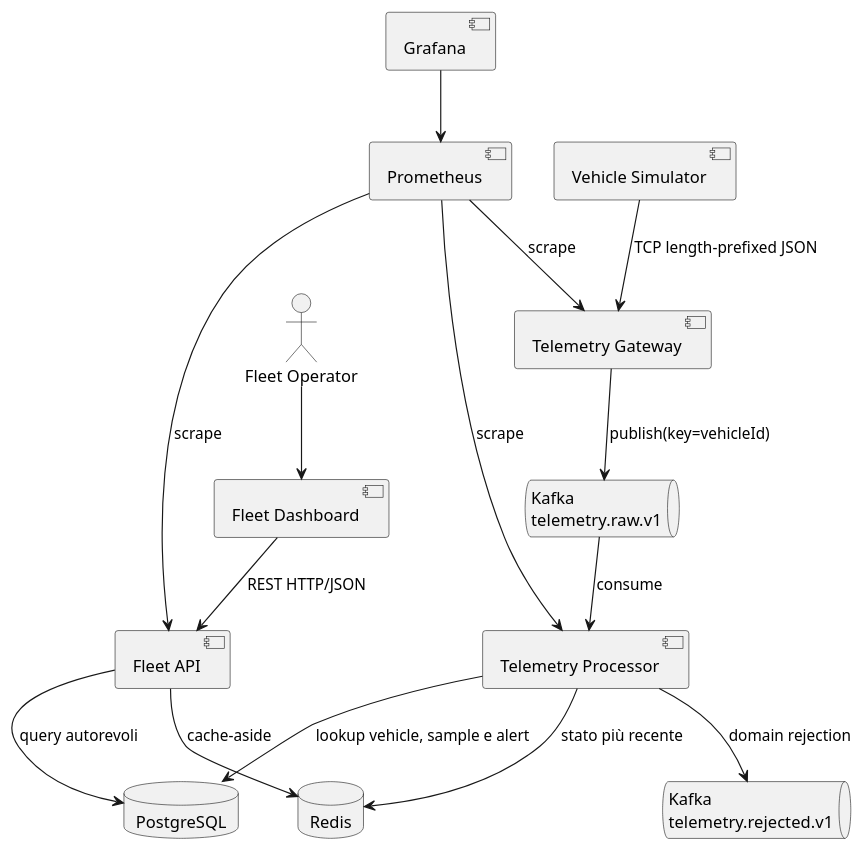
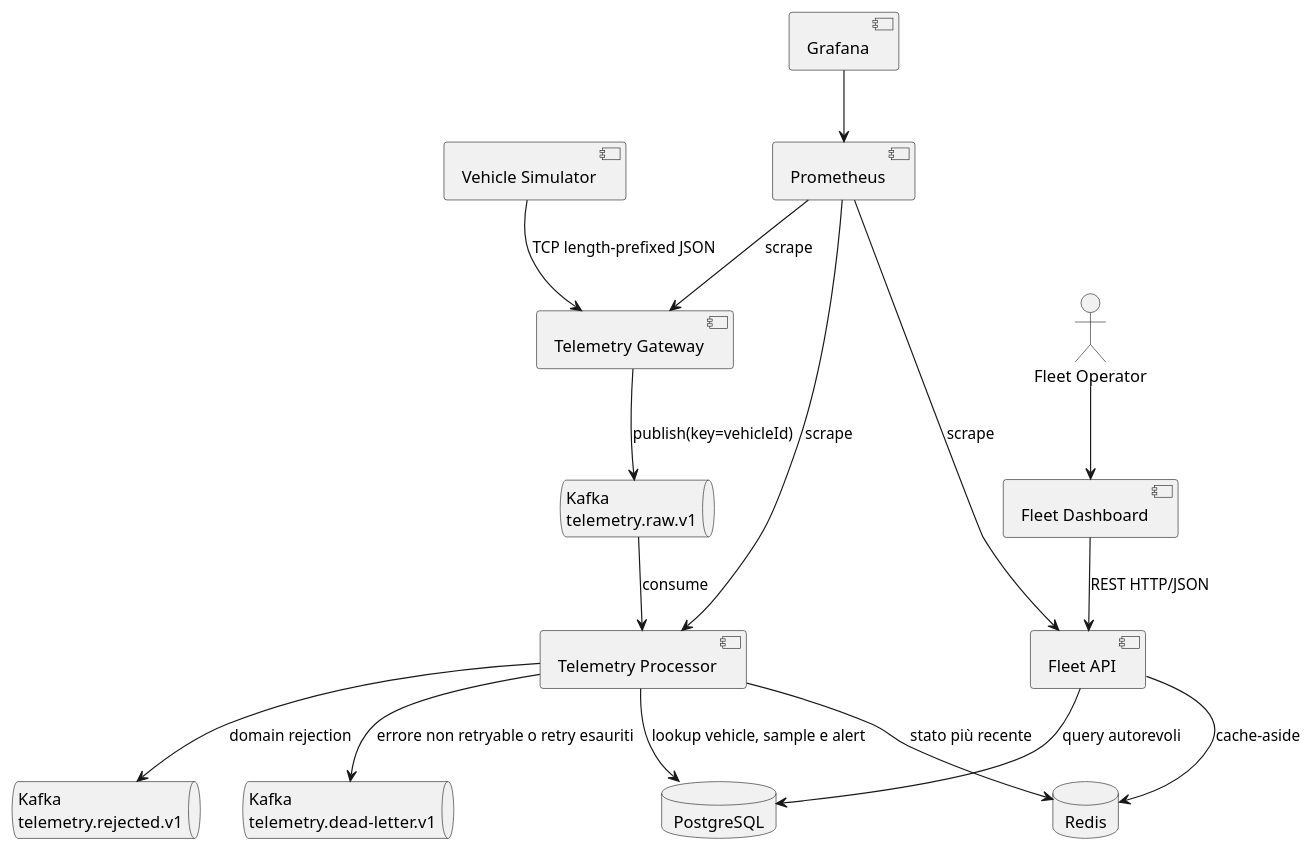
One commit to val3riot/FleetPulse changed the diagram in docs/diagrammi/componenti.puml. Above: the diagram before and after it, drawn with PlantUML. The commit also changed 15 other files, not shown here.

Commit message:
docs(consistency): align FP-055 contracts and diagrams

```diff
--- a/docs/diagrammi/componenti.puml
+++ b/docs/diagrammi/componenti.puml
@@ -1,29 +1,31 @@
 @startuml
 actor "Fleet Operator" as Operator
 component "Fleet Dashboard" as Dashboard
 component "Vehicle Simulator" as Simulator
 component "Telemetry Gateway" as Gateway
 queue "Kafka\ntelemetry.raw.v1" as Kafka
 queue "Kafka\ntelemetry.rejected.v1" as Rejected
+queue "Kafka\ntelemetry.dead-letter.v1" as DLT
 component "Telemetry Processor" as Processor
 database "PostgreSQL" as PostgreSQL
 database "Redis" as Redis
 component "Fleet API" as API
 component "Prometheus" as Prometheus
 component "Grafana" as Grafana
 
 Operator --> Dashboard
 Dashboard --> API : REST HTTP/JSON
 Simulator --> Gateway : TCP length-prefixed JSON
 Gateway --> Kafka : publish(key=vehicleId)
 Kafka --> Processor : consume
 Processor --> PostgreSQL : lookup vehicle, sample e alert
 Processor --> Rejected : domain rejection
+Processor --> DLT : errore non retryable o retry esauriti
 Processor --> Redis : stato più recente
 API --> PostgreSQL : query autorevoli
 API --> Redis : cache-aside
 Prometheus --> Gateway : scrape
 Prometheus --> Processor : scrape
 Prometheus --> API : scrape
 Grafana --> Prometheus
 @enduml
```
